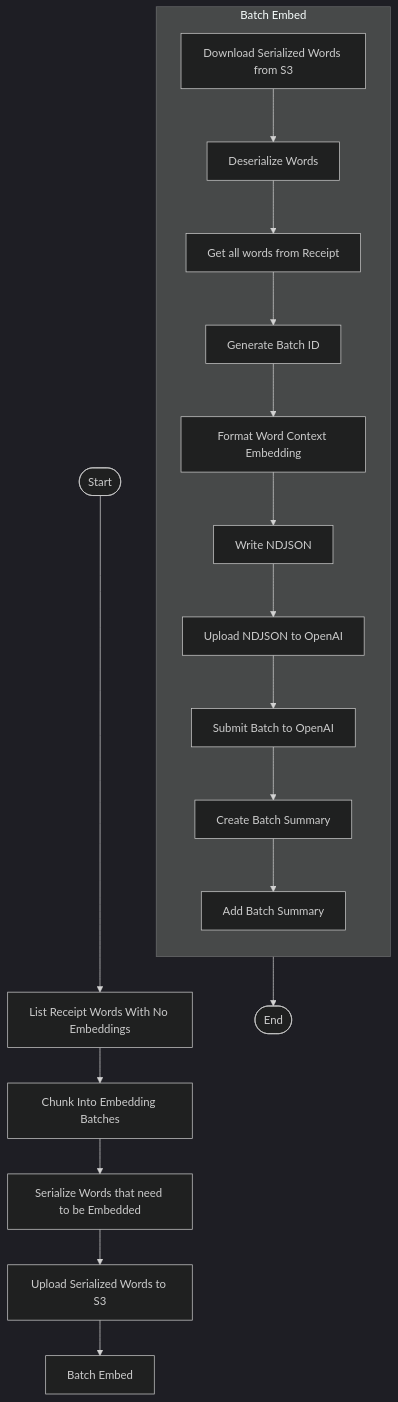
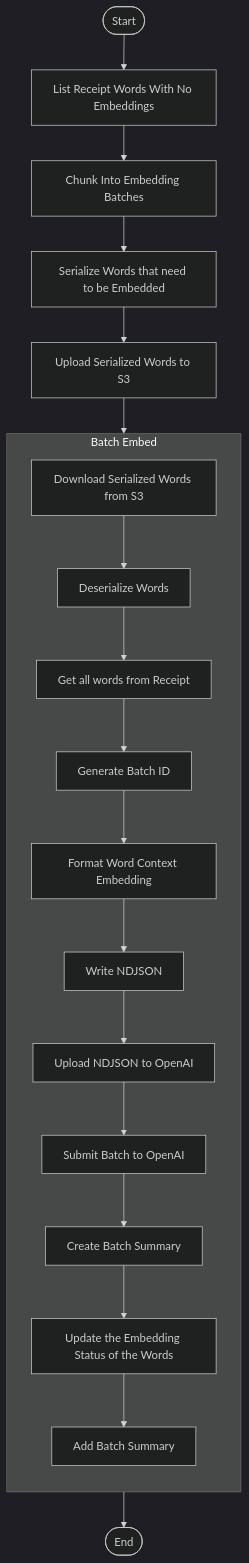
One commit to tnorlund/Portfolio changed the diagram in receipt_label/receipt_label/submit_embedding_batch/README.md. Above: the diagram before and after it, drawn with Mermaid (dark theme). The commit also changed other lines of this file and 4 other files, not shown here.

First line of the commit message:
🔨 Submit batch documented and tested

````diff
--- a/receipt_label/receipt_label/submit_embedding_batch/README.md
+++ b/receipt_label/receipt_label/submit_embedding_batch/README.md
@@ -107,24 +102,25 @@
 ```mermaid
 flowchart TD
     start([Start]) --> list_receipt_words_with_no_embeddings["List Receipt Words With No Embeddings"]
     list_receipt_words_with_no_embeddings --> chunk_into_embedding_batches["Chunk Into Embedding Batches"]
     chunk_into_embedding_batches --> serialize_receipt_words["Serialize Words that need to be Embedded"]
     serialize_receipt_words --> upload_serialized_words["Upload Serialized Words to S3"]
-    upload_serialized_words --> batch_embed["Batch Embed"]
+    upload_serialized_words --> batch_embed
 
-    subgraph map_chunks["Batch Embed"]
+    subgraph batch_embed["Batch Embed"]
         direction TB
         download_serialized_words["Download Serialized Words from S3"] --> deserialize_receipt_words["Deserialize Words"]
         deserialize_receipt_words --> query_receipt_words["Get all words from Receipt"]
         query_receipt_words --> generate_batch_id["Generate Batch ID"]
         generate_batch_id --> format_word_context_embedding["Format Word Context Embedding"]
         format_word_context_embedding --> write_ndjson["Write NDJSON"]
         write_ndjson --> upload_to_openai["Upload NDJSON to OpenAI"]
-        upload_to_openai --> submit_batch_to_openai["Submit Batch to OpenAI"]
-        submit_batch_to_openai --> create_batch_summary["Create Batch Summary"]
-        create_batch_summary --> add_batch_summary["Add Batch Summary"]
+        upload_to_openai --> submit_openai_batch["Submit Batch to OpenAI"]
+        submit_openai_batch --> create_batch_summary["Create Batch Summary"]
+        create_batch_summary --> update_word_embedding_status["Update the Embedding Status of the Words"]
+        update_word_embedding_status --> add_batch_summary["Add Batch Summary"]
     end
 
-    map_chunks --> END([End])
+    batch_embed --> END([End])
 
 ```
````
